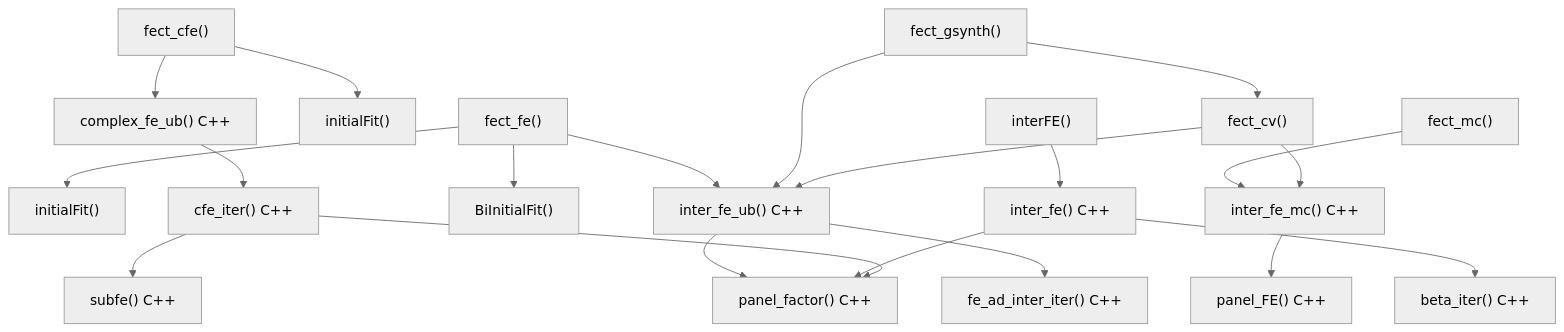
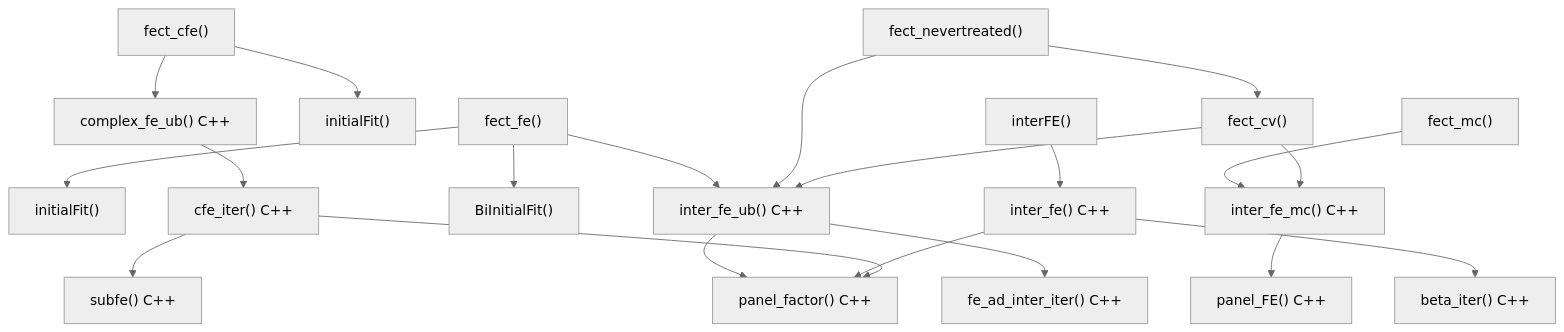
One commit to xuyiqing/fect changed the third of 4 diagrams in architecture.md. Above: the diagram before and after it, drawn with Mermaid. The commit also changed other lines of this file and 4 other files, not shown here.

First line of the commit message:
Rename fect_gsynth to fect_nevertreated

````diff
--- a/architecture.md
+++ b/architecture.md
@@ -202,32 +202,32 @@
 ```mermaid
 %%{init: {'theme': 'neutral'}}%%
 graph TD
     fect_fe["fect_fe()"] --> initialFit["initialFit()"]
     fect_fe --> inter_fe_ub["inter_fe_ub() C++"]
     fect_fe --> BiInitialFit["BiInitialFit()"]
 
     fect_cfe["fect_cfe()"] --> initialFit2["initialFit()"]
     fect_cfe --> complex_fe_ub["complex_fe_ub() C++"]
 
     fect_mc["fect_mc()"] --> inter_fe_mc["inter_fe_mc() C++"]
 
-    fect_gsynth["fect_gsynth()"] --> inter_fe_ub
-    fect_gsynth --> fect_cv["fect_cv()"]
+    fect_nevertreated["fect_nevertreated()"] --> inter_fe_ub
+    fect_nevertreated --> fect_cv["fect_cv()"]
 
     complex_fe_ub --> cfe_iter["cfe_iter() C++"]
 
     inter_fe_ub --> fe_ad["fe_ad_inter_iter() C++"]
     inter_fe_ub --> panel_factor["panel_factor() C++"]
 
     inter_fe_mc --> panel_FE["panel_FE() C++"]
 
     interFE["interFE()"] --> inter_fe["inter_fe() C++"]
     inter_fe --> panel_factor
     inter_fe --> beta_iter["beta_iter() C++"]
 
     cfe_iter --> subfe["subfe() C++"]
     cfe_iter --> panel_factor
 
     fect_cv --> inter_fe_ub
     fect_cv --> inter_fe_mc
 ```
````
